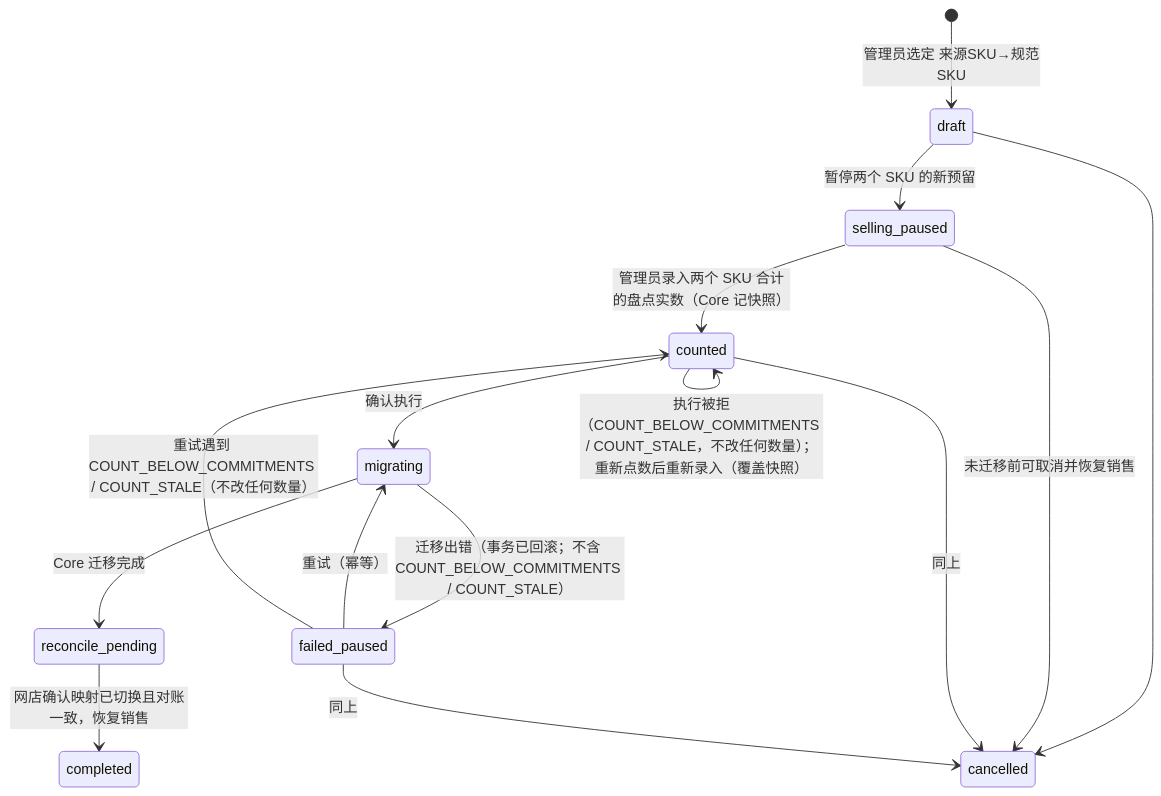
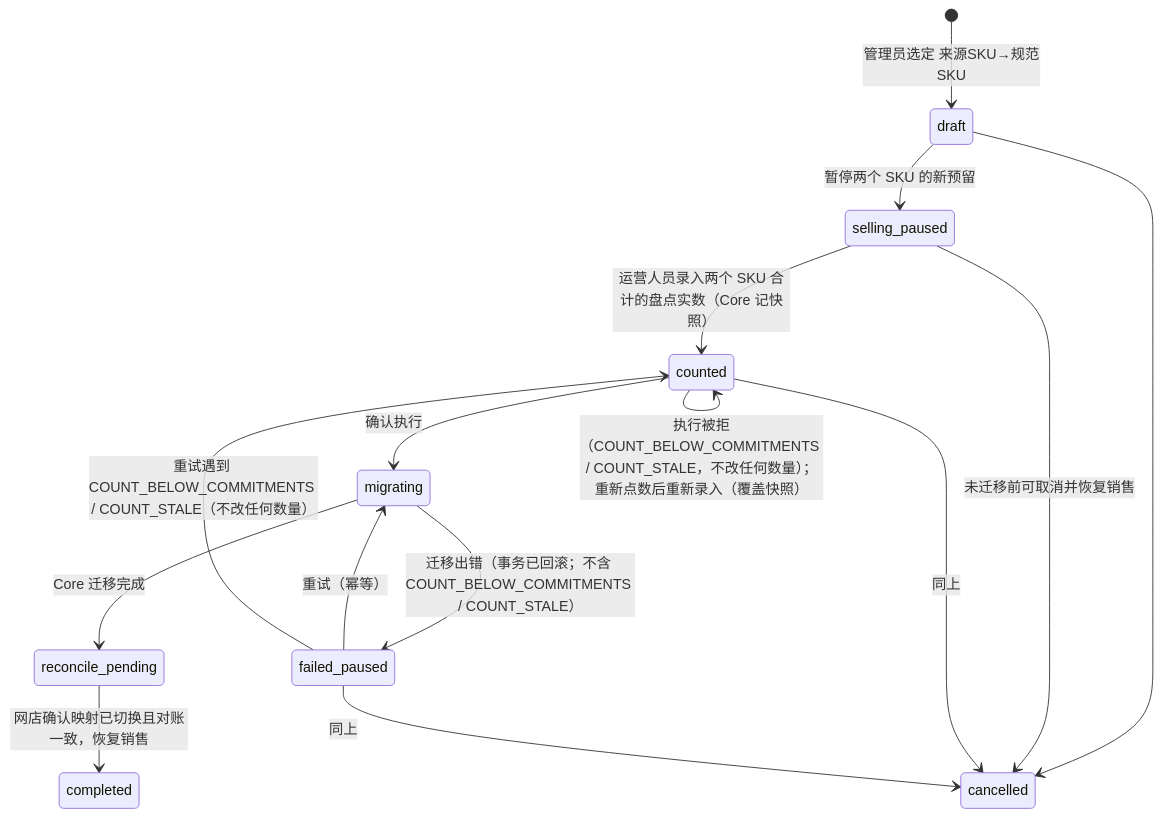
Before and after one commit to kelvinpang90/acuven_stock_core: the first of 2 diagrams in docs/CONTRACT_V1.md, drawn with Mermaid. The commit also changed other lines of this file and 2 other files, not shown here.

````diff
--- a/docs/CONTRACT_V1.md
+++ b/docs/CONTRACT_V1.md
@@ -112,17 +117,17 @@
 ```mermaid
 stateDiagram-v2
   [*] --> draft: 管理员选定 来源SKU→规范SKU
   draft --> selling_paused: 暂停两个 SKU 的新预留
-  selling_paused --> counted: 管理员录入两个 SKU 合计的盘点实数（Core 记快照）
+  selling_paused --> counted: 运营人员录入两个 SKU 合计的盘点实数（Core 记快照）
   counted --> counted: 执行被拒（COUNT_BELOW_COMMITMENTS / COUNT_STALE，不改任何数量）；重新点数后重新录入（覆盖快照）
   counted --> migrating: 确认执行
   migrating --> reconcile_pending: Core 迁移完成
   reconcile_pending --> completed: 网店确认映射已切换且对账一致，恢复销售
   migrating --> failed_paused: 迁移出错（事务已回滚；不含 COUNT_BELOW_COMMITMENTS / COUNT_STALE）
   failed_paused --> migrating: 重试（幂等）
   failed_paused --> counted: 重试遇到 COUNT_BELOW_COMMITMENTS / COUNT_STALE（不改任何数量）
   draft --> cancelled
   selling_paused --> cancelled: 未迁移前可取消并恢复销售
   counted --> cancelled: 同上
   failed_paused --> cancelled: 同上
 ```
````
